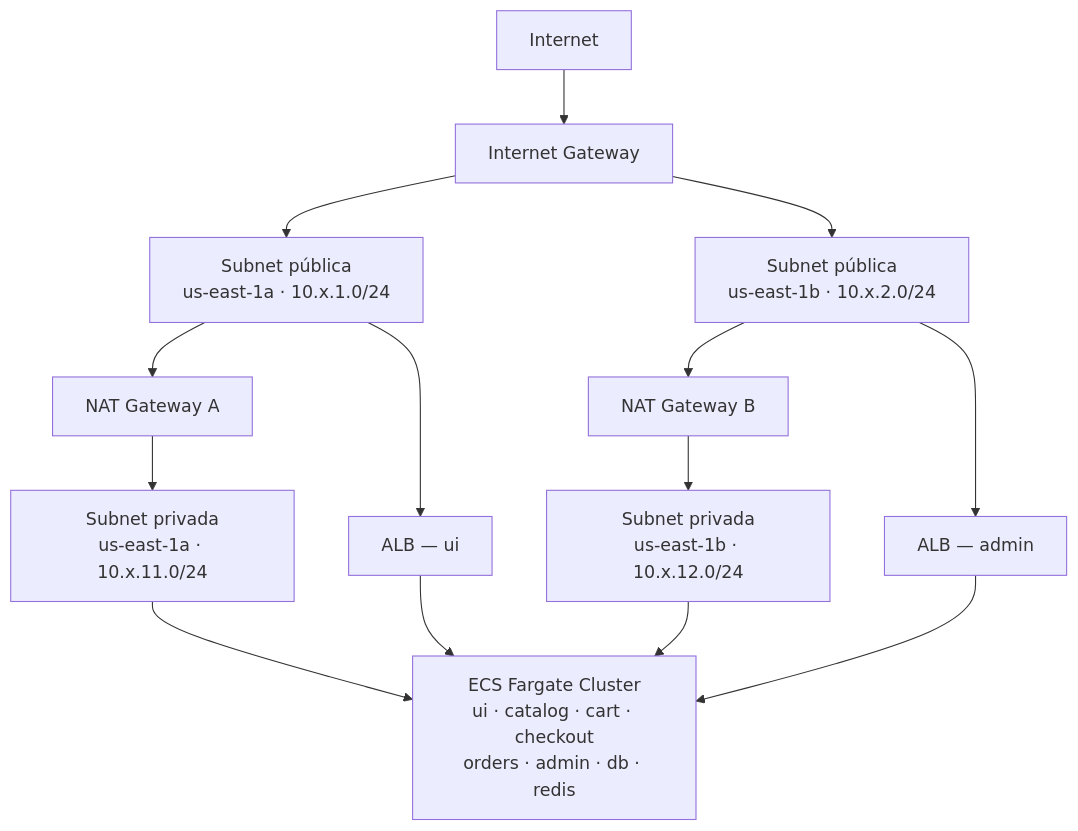
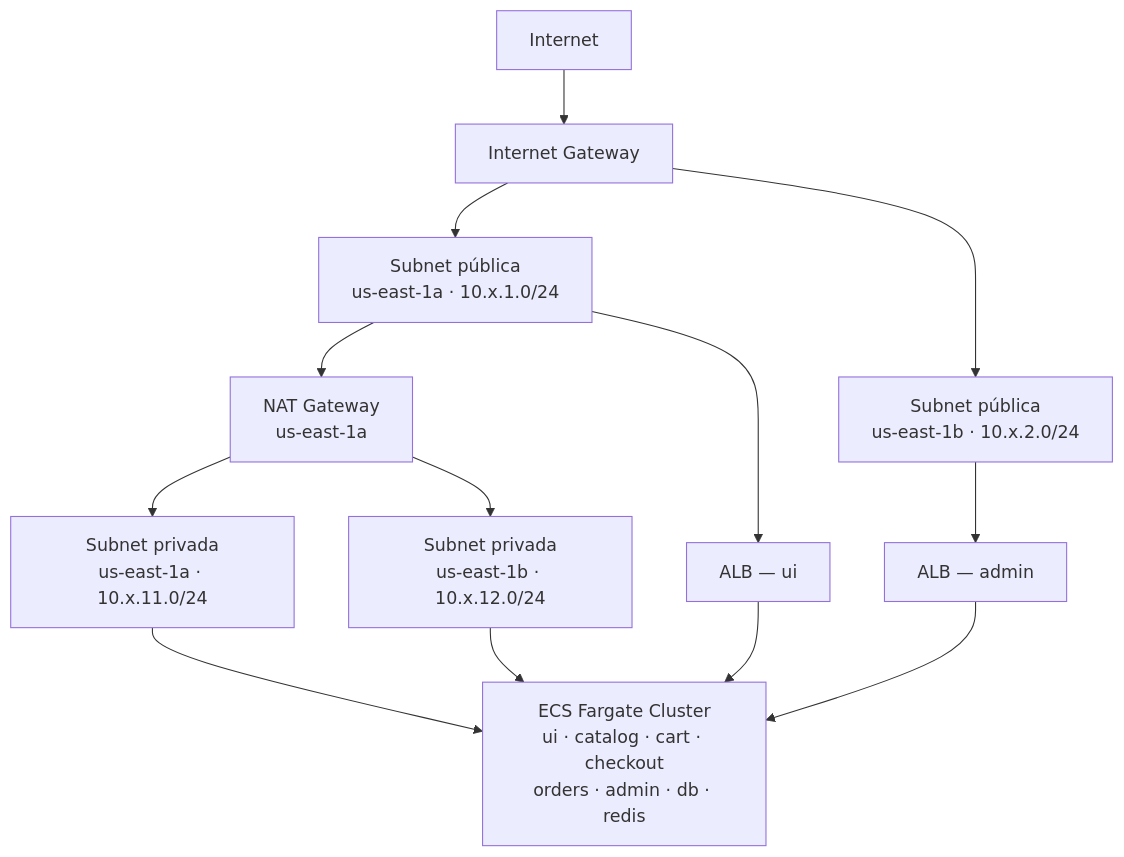
Before and after one commit to Luis-Mendaro/RetailStore-Obligatorio: the first of 7 diagrams in docs/arquitectura.md, drawn with Mermaid. The commit also changed other lines of this file and 4 other files, not shown here.

````diff
--- a/docs/arquitectura.md
+++ b/docs/arquitectura.md
@@ -5,16 +5,15 @@
 ```mermaid
 graph TD
     Internet --> IGW[Internet Gateway]
     IGW --> PubA["Subnet pública\nus-east-1a · 10.x.1.0/24"]
     IGW --> PubB["Subnet pública\nus-east-1b · 10.x.2.0/24"]
-    PubA --> NAT_A[NAT Gateway A]
-    PubB --> NAT_B[NAT Gateway B]
+    PubA --> NAT["NAT Gateway\nus-east-1a"]
     PubA --> ALB_UI[ALB — ui]
     PubB --> ALB_Admin[ALB — admin]
-    NAT_A --> PrivA["Subnet privada\nus-east-1a · 10.x.11.0/24"]
-    NAT_B --> PrivB["Subnet privada\nus-east-1b · 10.x.12.0/24"]
+    NAT --> PrivA["Subnet privada\nus-east-1a · 10.x.11.0/24"]
+    NAT --> PrivB["Subnet privada\nus-east-1b · 10.x.12.0/24"]
     ALB_UI --> ECS["ECS Fargate Cluster\nui · catalog · cart · checkout\norders · admin · db · redis"]
     ALB_Admin --> ECS
     PrivA --> ECS
     PrivB --> ECS
 ```
````
